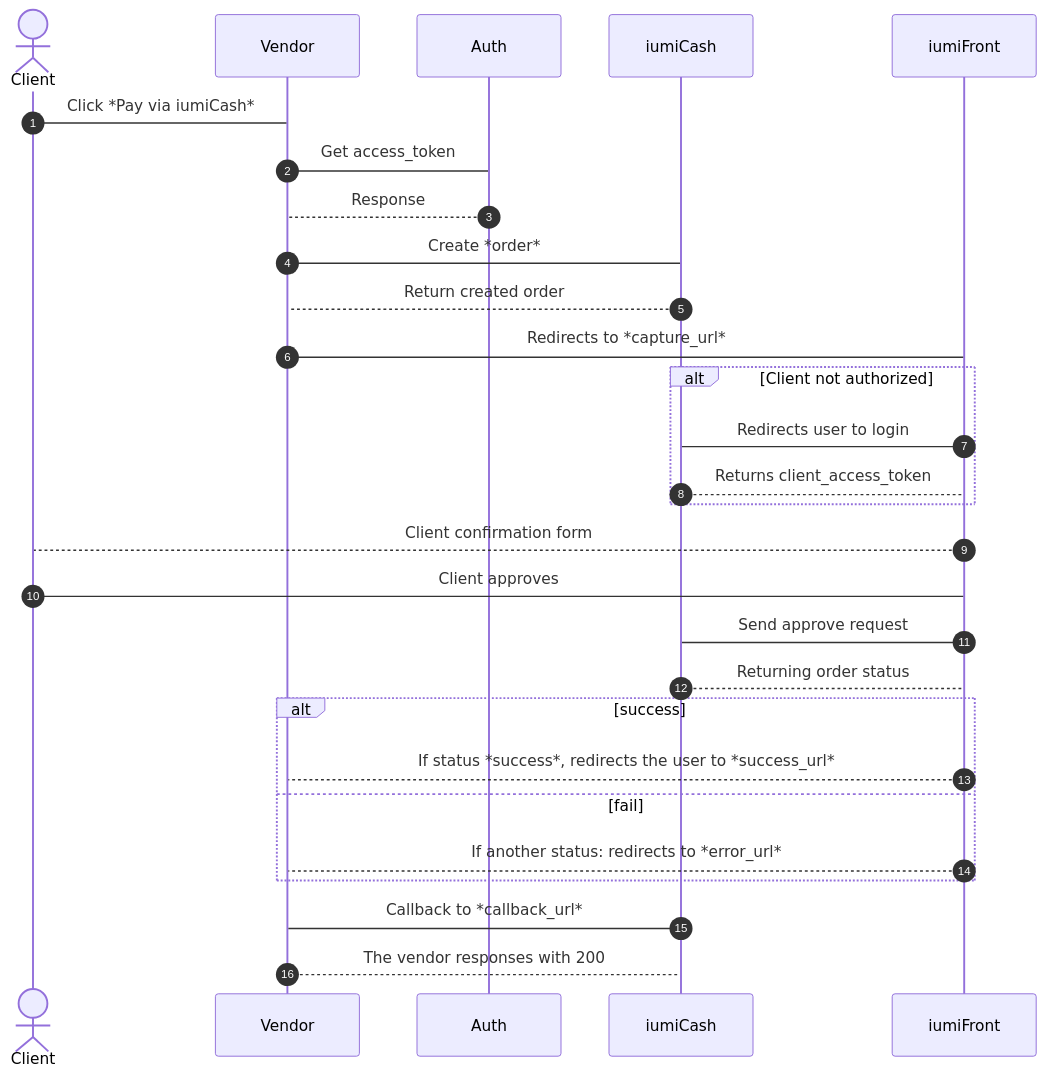
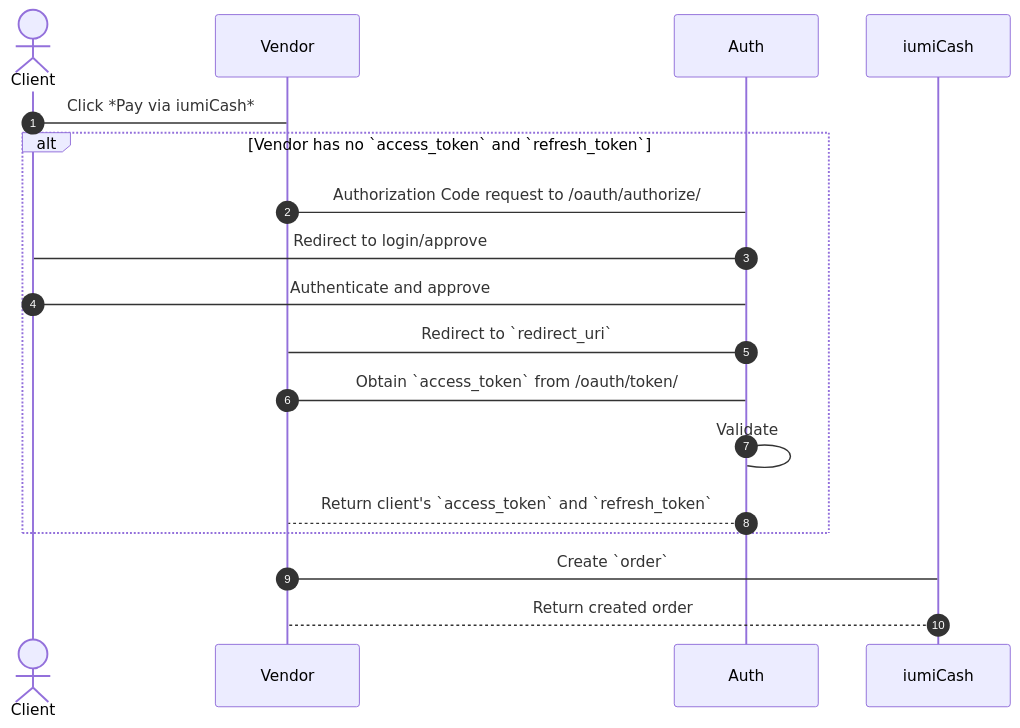
Before and after one commit to iumiCash/iumiCash.github.io: the diagram in docs/diagrams/onetime.md, drawn with Mermaid. The commit also changed other lines of this file and 6 other files, not shown here.

Commit message:
removed callback; renamed capture url to get

````diff
--- a/docs/diagrams/onetime.md
+++ b/docs/diagrams/onetime.md
@@ -8,39 +8,25 @@
     ```mermaid
     sequenceDiagram
         autonumber
 
         actor Client
 
         participant Vendor
         participant Auth
         participant iumiCash
-        participant iumiFront
 
         Client->Vendor: Click *Pay via iumiCash*
-
-        Vendor->Auth: Get access_token
-        Auth-->Vendor: Response
-
-        Vendor->iumiCash:Create *order*
-        iumiCash-->Vendor:Return created order
-
-        Vendor->iumiFront: Redirects to *capture_url*
-        alt Client not authorized
-        iumiFront->iumiCash: Redirects user to login
-        iumiCash-->iumiFront: Returns client_access_token
-        end
-        iumiFront-->Client: Client confirmation form
-        Client->iumiFront: Client approves
-
-        iumiFront->iumiCash: Send approve request
-        iumiCash-->iumiFront: Returning order status
-        alt success
-        iumiFront-->Vendor: If status *success*, redirects the user to *success_url*
-        else fail
-        iumiFront-->Vendor: If another status: redirects to *error_url* 
+        alt Vendor has no `access_token` and `refresh_token`
+        Vendor->Auth: Authorization Code request to /oauth/authorize/
+        Auth->Client: Redirect to login/approve
+        Client->Auth: Authenticate and approve
+        Auth->Vendor: Redirect to `redirect_uri`
+        Vendor->Auth: Obtain `access_token` from /oauth/token/
+        Auth->Auth: Validate
+        Auth-->Vendor: Return client's `access_token` and `refresh_token`
         end
 
-        iumiCash->Vendor: Callback to *callback_url*
-        Vendor-->iumiCash: The vendor responses with 200
+        Vendor->iumiCash: Create `order`
+        iumiCash-->Vendor: Return created order
 
     ```
````
